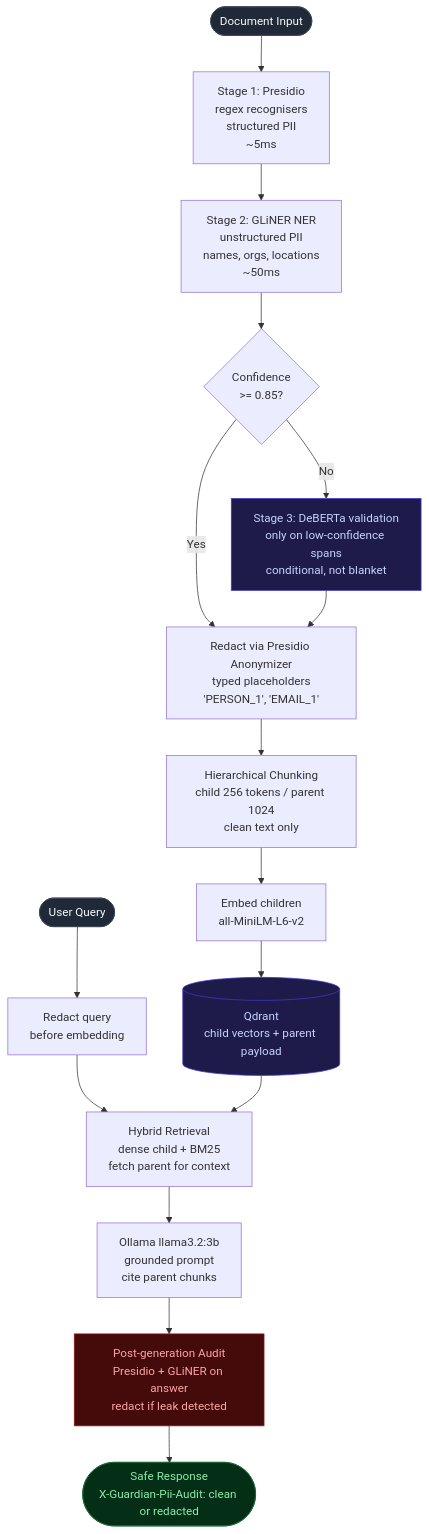
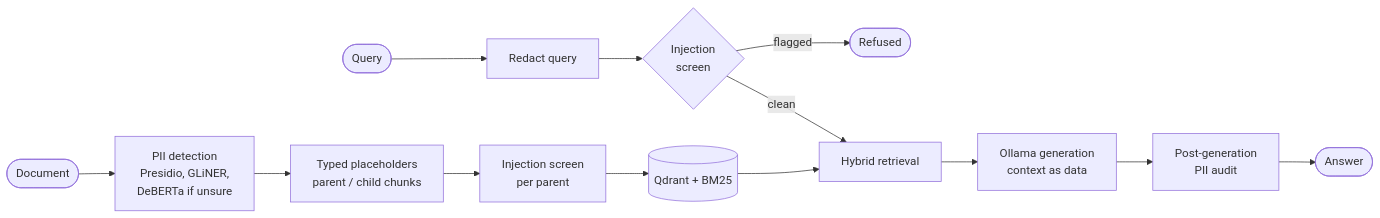
One commit to adel-saoud/guardian-rag changed the diagram in README.md. Above: the diagram before and after it, drawn with Mermaid. The commit also changed other lines of this file and 27 other files, not shown here.

````diff
--- a/README.md
+++ b/README.md
@@ -111,26 +57,13 @@
 ```mermaid
-flowchart TD
-    Doc([Document Input]) --> Presidio[Stage 1: Presidio<br/>regex recognisers<br/>structured PII<br/>~5ms]
-    Presidio --> GLiNER[Stage 2: GLiNER NER<br/>unstructured PII<br/>names, orgs, locations<br/>~50ms]
-    GLiNER --> Conf{Confidence<br/>>= 0.85?}
-    Conf -- Yes --> Redact[Redact via Presidio Anonymizer<br/>typed placeholders<br/>'PERSON_1', 'EMAIL_1']
-    Conf -- No --> Validate[Stage 3: DeBERTa validation<br/>only on low-confidence spans<br/>conditional, not blanket]
-    Validate --> Redact
-    Redact --> HChunk[Hierarchical Chunking<br/>child 256 tokens / parent 1024<br/>clean text only]
-    HChunk --> Embed[Embed children<br/>all-MiniLM-L6-v2]
-    Embed --> Qdrant[(Qdrant<br/>child vectors + parent payload)]
-
-    Query([User Query]) --> QDetect[Redact query<br/>before embedding]
-    QDetect --> Retrieve[Hybrid Retrieval<br/>dense child + BM25<br/>fetch parent for context]
-    Qdrant --> Retrieve
-    Retrieve --> Generate[Ollama llama3.2:3b<br/>grounded prompt<br/>cite parent chunks]
-    Generate --> Audit[Post-generation Audit<br/>Presidio + GLiNER on answer<br/>redact if leak detected]
-    Audit --> Response([Safe Response<br/>X-Guardian-Pii-Audit: clean or redacted])
-
-    style Doc fill:#1f2937,stroke:#374151,color:#f9fafb
-    style Query fill:#1f2937,stroke:#374151,color:#f9fafb
-    style Audit fill:#450a0a,stroke:#991b1b,color:#fca5a5
-    style Response fill:#052e16,stroke:#166534,color:#86efac
-    style Qdrant fill:#1e1b4b,stroke:#4338ca,color:#c7d2fe
-    style Validate fill:#1e1b4b,stroke:#4338ca,color:#c7d2fe
+flowchart LR
+    Doc([Document]) --> PII[PII detection<br/>Presidio, GLiNER,<br/>DeBERTa if unsure]
+    PII --> Chunk[Typed placeholders<br/>parent / child chunks]
+    Chunk --> Screen[Injection screen<br/>per parent]
+    Screen --> Store[(Qdrant + BM25)]
+    Query([Query]) --> QPII[Redact query] --> QScreen{Injection<br/>screen}
+    QScreen -- flagged --> Refuse([Refused])
+    QScreen -- clean --> Retrieve[Hybrid retrieval]
+    Store --> Retrieve
+    Retrieve --> Gen[Ollama generation<br/>context as data]
+    Gen --> Audit[Post-generation<br/>PII audit] --> Answer([Answer])
 ```
````
